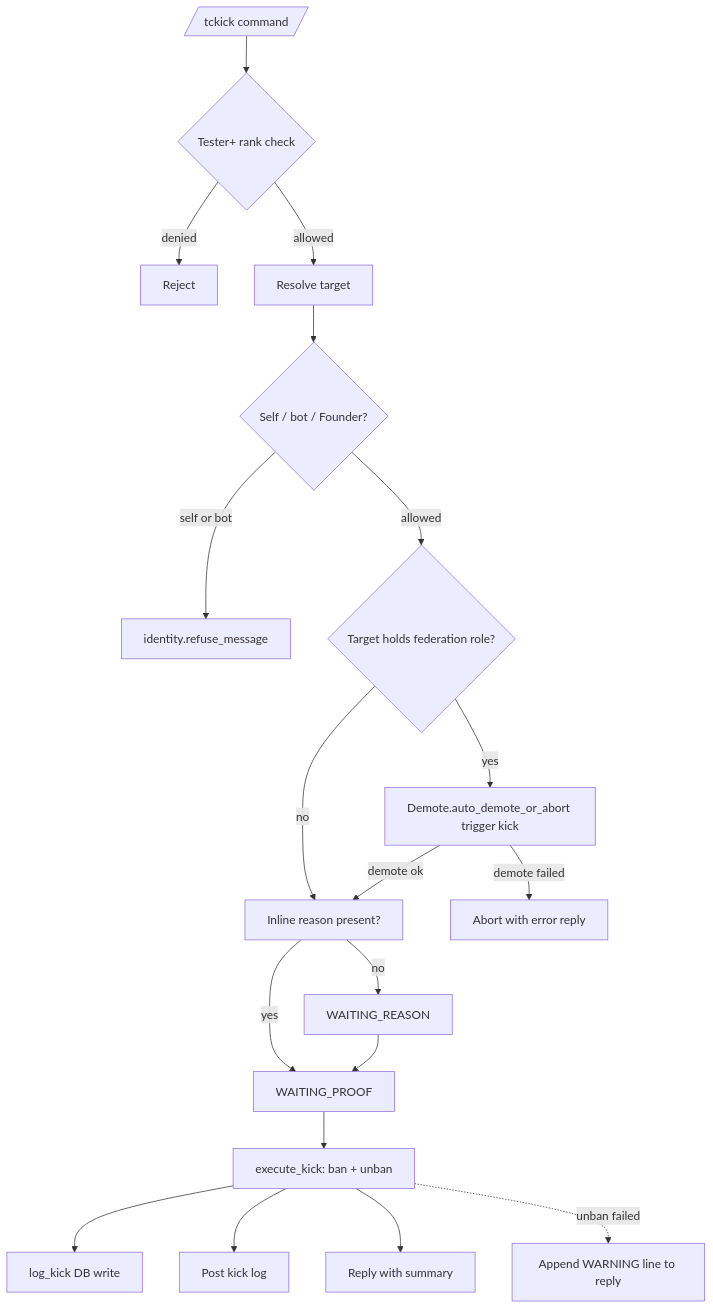
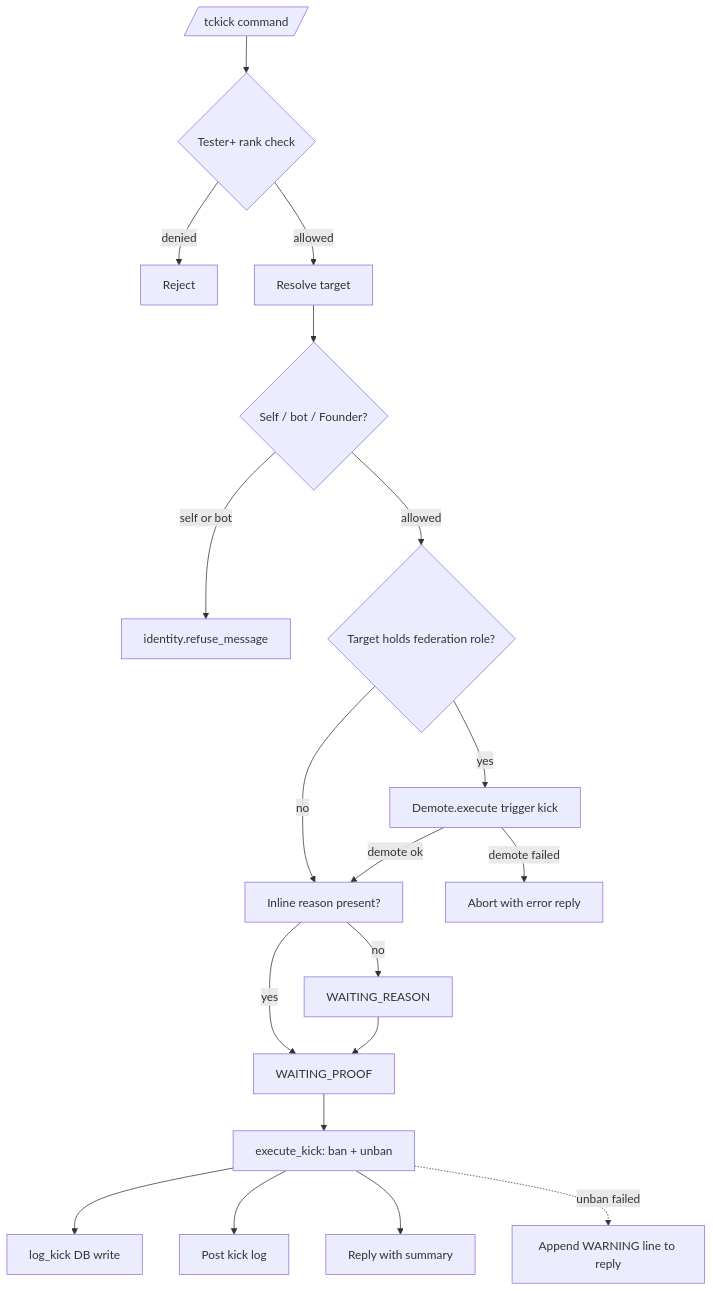
One commit to D1ZZY4/tcbot changed the diagram in docs/features/moderation/kicking.md. Above: the diagram before and after it, drawn with Mermaid. The commit also changed other lines of this file and 27 other files, not shown here.

````diff
--- a/docs/features/moderation/kicking.md
+++ b/docs/features/moderation/kicking.md
@@ -12,21 +12,21 @@
 ```mermaid
 flowchart TD
     Cmd[/tckick command/] --> Perm{Tester+ rank check}
     Perm -->|denied| End1[Reject]
     Perm -->|allowed| Target[Resolve target]
     Target --> Ident{Self / bot / Founder?}
     Ident -->|self or bot| Refuse[identity.refuse_message]
     Ident -->|allowed| RoleCheck{Target holds federation role?}
-    RoleCheck -->|yes| AutoDemote[Demote.auto_demote_or_abort trigger kick]
+    RoleCheck -->|yes| AutoDemote[Demote.execute trigger kick]
     RoleCheck -->|no| ReasonStep
     AutoDemote -->|demote failed| Abort[Abort with error reply]
     AutoDemote -->|demote ok| ReasonStep[Inline reason present?]
     ReasonStep -->|yes| ProofStep[WAITING_PROOF]
     ReasonStep -->|no| ReasonPrompt[WAITING_REASON]
     ReasonPrompt --> ProofStep
     ProofStep --> Exec[execute_kick: ban + unban]
     Exec --> LogDB[log_kick DB write]
     Exec --> LogChan[Post kick log]
     Exec --> Reply[Reply with summary]
     Exec -.->|unban failed| Warning[Append WARNING line to reply]
 ```
````
